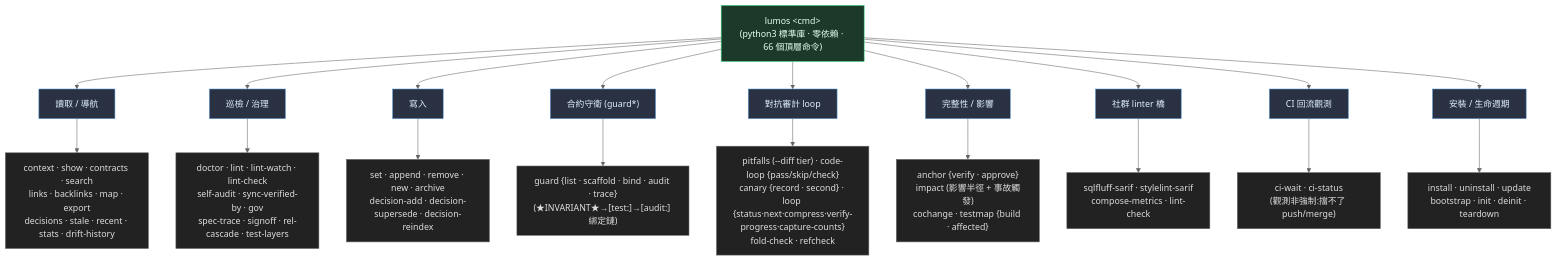
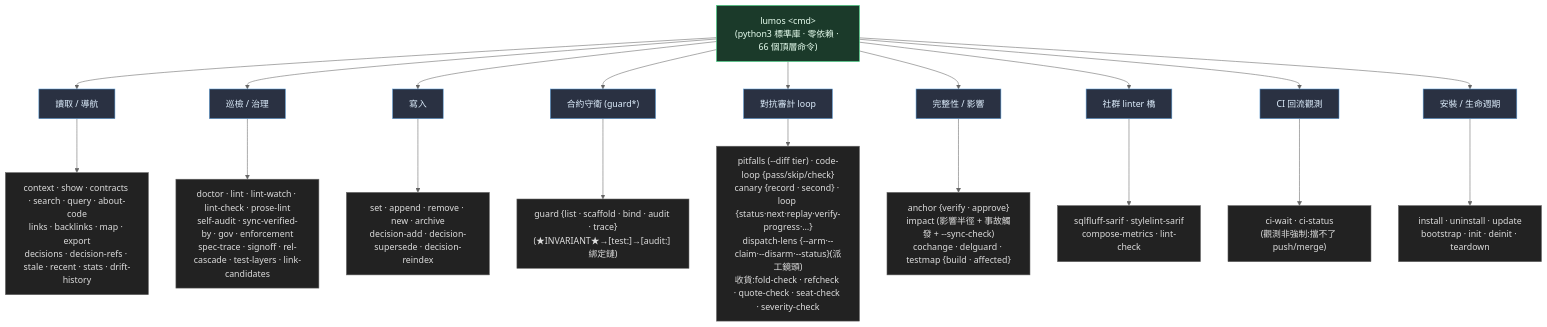
Before and after one commit to EnzoHsieh-Android/Lumos: the third of 5 diagrams in ARCHITECTURE.md, drawn with Mermaid (neutral theme). The commit also changed other lines of this file and 4 other files, not shown here.

First line of the commit message:
docs(架構圖): 四張圖跟上 08-26~09-05 的迴圈基建與兩家 harness——ARCHITECTURE 新 §5 良性循環圖(節點→鏡頭→席位→收貨→折入→處置帳→處置閘→凍結→寫回)、§1-4 補 governance/探針/AGENTS/lumos_reviewer/SessionStart/dispatch-lens、腐化偵測標撤除、命令家族補 11 個;全景圖 ③ 改現行做法(不再金絲雀/連兩輪)+22 道+Codex;開發工作流總覽 FLOW/KEY/圖/表;圖譜即合約 表補 8 列、L3 標撤除;對外論述補記

````diff
--- a/ARCHITECTURE.md
+++ b/ARCHITECTURE.md
@@ -99,31 +105,31 @@
 ```mermaid
 flowchart TB
     ROOT["lumos &lt;cmd&gt;<br/>(python3 標準庫 · 零依賴 · 66 個頂層命令)"]
 
     ROOT --> READ["讀取 / 導航"]
     ROOT --> HEALTH["巡檢 / 治理"]
     ROOT --> WRITE["寫入"]
     ROOT --> GUARD["合約守衛 (guard*)"]
     ROOT --> LOOP["對抗審計 loop"]
     ROOT --> INTEG["完整性 / 影響"]
     ROOT --> SARIF["社群 linter 橋"]
     ROOT --> CI["CI 回流觀測"]
     ROOT --> LIFE["安裝 / 生命週期"]
 
-    READ --> R["context · show · contracts · search<br/>links · backlinks · map · export<br/>decisions · stale · recent · stats · drift-history"]
-    HEALTH --> H["doctor · lint · lint-watch · lint-check<br/>self-audit · sync-verified-by · gov<br/>spec-trace · signoff · rel-cascade · test-layers"]
+    READ --> R["context · show · contracts · search · query · about-code<br/>links · backlinks · map · export<br/>decisions · decision-refs · stale · recent · stats · drift-history"]
+    HEALTH --> H["doctor · lint · lint-watch · lint-check · prose-lint<br/>self-audit · sync-verified-by · gov · enforcement<br/>spec-trace · signoff · rel-cascade · test-layers · link-candidates"]
     CI --> C["ci-wait · ci-status<br/>(觀測非強制:擋不了 push/merge)"]
     WRITE --> W["set · append · remove · new · archive<br/>decision-add · decision-supersede · decision-reindex"]
     GUARD --> G["guard {list · scaffold · bind · audit · trace}<br/>(★INVARIANT★→[test:]→[audit:] 綁定鏈)"]
-    LOOP --> LP["pitfalls (--diff tier) · code-loop {pass/skip/check}<br/>canary {record · second} · loop {status·next·compress·verify-progress·capture-counts}<br/>fold-check · refcheck"]
-    INTEG --> I["anchor {verify · approve}<br/>impact (影響半徑 + 事故觸發)<br/>cochange · testmap {build · affected}"]
+    LOOP --> LP["pitfalls (--diff tier) · code-loop {pass/skip/check}<br/>canary {record · second} · loop {status·next·replay·verify-progress·…}<br/>dispatch-lens {--arm·--claim·--disarm·--status}(派工鏡頭)<br/>收貨:fold-check · refcheck · quote-check · seat-check · severity-check"]
+    INTEG --> I["anchor {verify · approve}<br/>impact (影響半徑 + 事故觸發 + --sync-check)<br/>cochange · delguard · testmap {build · affected}"]
     SARIF --> ST["sqlfluff-sarif · stylelint-sarif<br/>compose-metrics · lint-check"]
     LIFE --> L["install · uninstall · update<br/>bootstrap · init · deinit · teardown"]
 
     classDef root fill:#1b3a2a,stroke:#3ddc84,color:#e8fff0
     classDef cat fill:#2a3142,stroke:#5a9bd6,color:#e0f0ff
     classDef leaf fill:#222,stroke:#666,color:#ddd
     class ROOT root
     class READ,HEALTH,WRITE,GUARD,LOOP,INTEG,SARIF,CI,LIFE cat
     class R,H,W,G,LP,I,ST,C,L leaf
 ```
````
